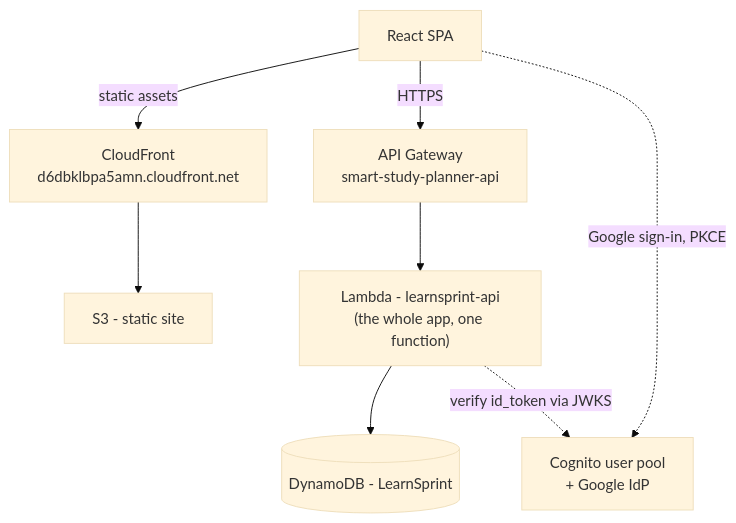
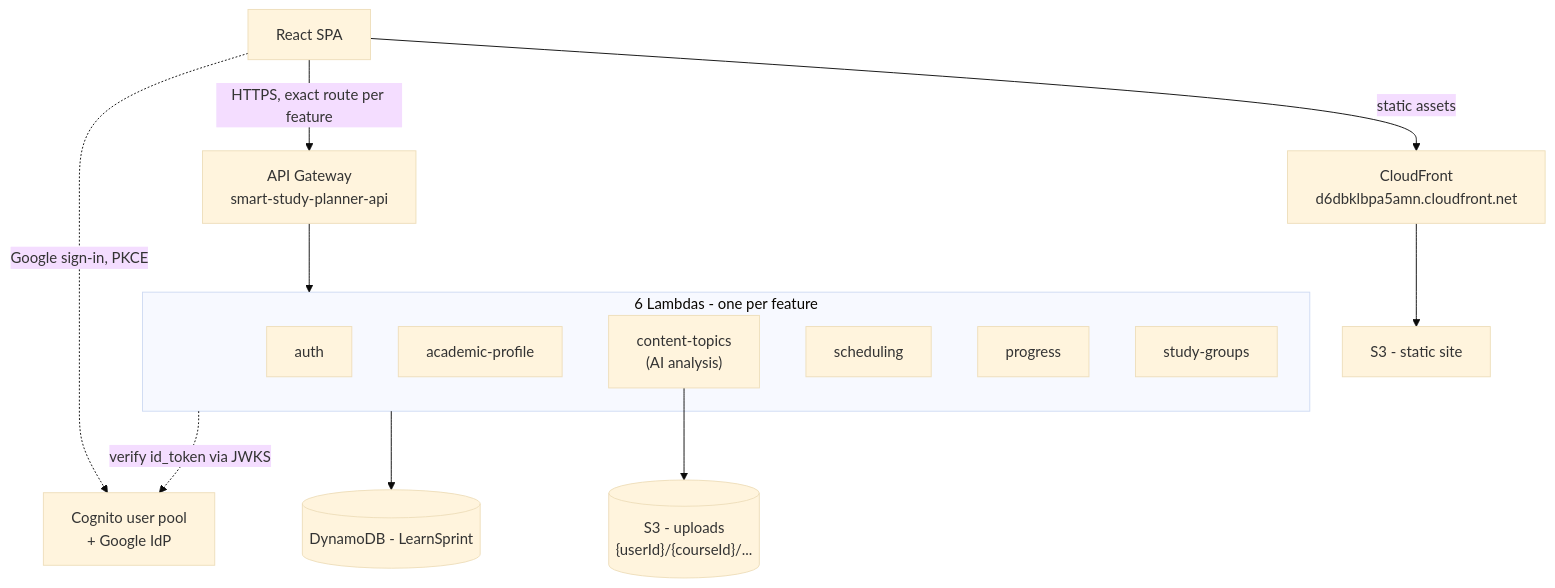
Before and after one commit to barbh1913/LearnSprint-: the diagram in docs/diagrams/deployment.md, drawn with Mermaid (base theme). The commit also changed other lines of this file and 9 other files, not shown here.

````diff
--- a/docs/diagrams/deployment.md
+++ b/docs/diagrams/deployment.md
@@ -18,16 +27,27 @@
 ```mermaid
 flowchart TB
     Browser["React SPA"]
     CF["CloudFront<br/>d6dbklbpa5amn.cloudfront.net"]
     S3F["S3 - static site"]
     GW["API Gateway<br/>smart-study-planner-api"]
-    L["Lambda - learnsprint-api<br/>(the whole app, one function)"]
+
+    subgraph Lambdas["6 Lambdas - one per feature"]
+        LAuth["auth"]
+        LProfile["academic-profile"]
+        LTopics["content-topics<br/>(AI analysis)"]
+        LSchedule["scheduling"]
+        LProgress["progress"]
+        LGroups["study-groups"]
+    end
+
     DDB[("DynamoDB - LearnSprint")]
+    S3U[("S3 - uploads<br/>{userId}/{courseId}/...")]
     Cognito["Cognito user pool<br/>+ Google IdP"]
 
     Browser -->|static assets| CF --> S3F
-    Browser -->|HTTPS| GW --> L
-    L --> DDB
+    Browser -->|HTTPS, exact route per feature| GW --> Lambdas
+    Lambdas --> DDB
+    LTopics --> S3U
     Browser -.->|Google sign-in, PKCE| Cognito
-    L -.->|verify id_token via JWKS| Cognito
+    Lambdas -.->|verify id_token via JWKS| Cognito
 ```
````
